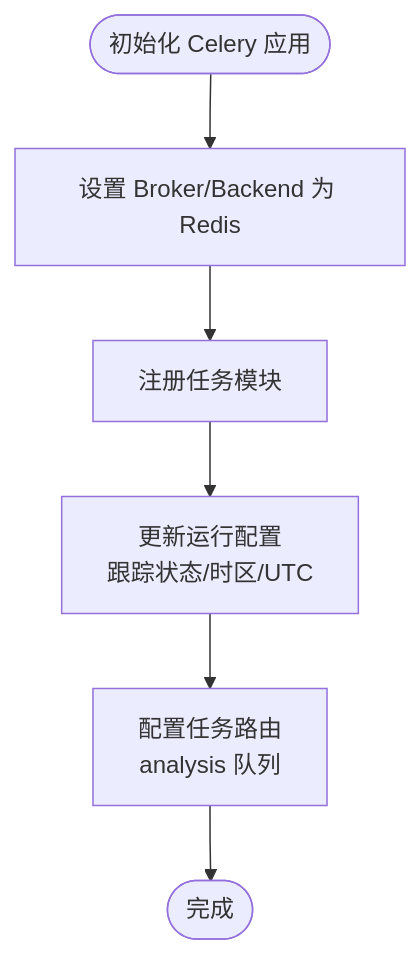
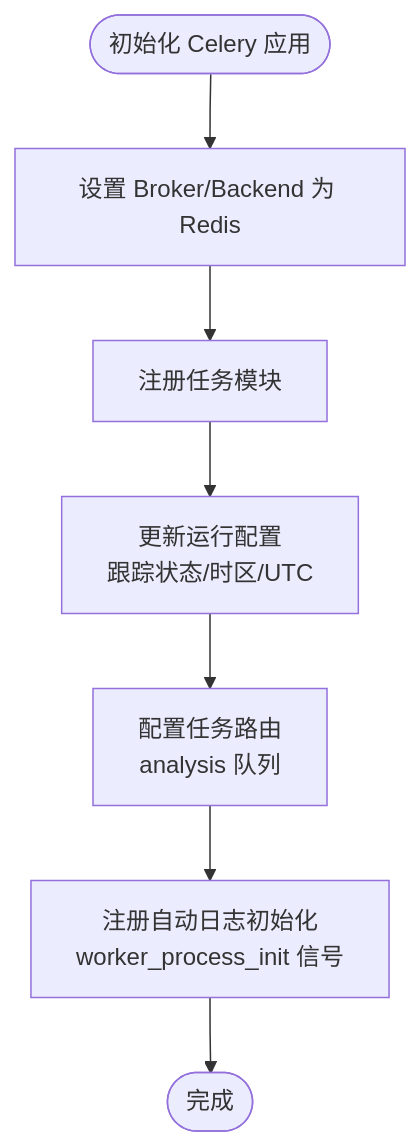
Before and after one commit to selectzhangyuan/AI-photo-coach: the third of 11 diagrams in .qoder/repowiki/zh/content/异步任务系统.md, drawn with Mermaid. The commit also changed other lines of this file and 16 other files, not shown here.

````diff
--- a/.qoder/repowiki/zh/content/异步任务系统.md
+++ b/.qoder/repowiki/zh/content/异步任务系统.md
@@ -134,8 +149,9 @@
 ```mermaid
 flowchart TD
 Start(["初始化 Celery 应用"]) --> SetBroker["设置 Broker/Backend 为 Redis"]
 SetBroker --> IncludeTask["注册任务模块"]
 IncludeTask --> UpdateConf["更新运行配置<br/>跟踪状态/时区/UTC"]
 UpdateConf --> RouteTask["配置任务路由<br/>analysis 队列"]
-RouteTask --> End(["完成"])
+RouteTask --> AutoLog["注册自动日志初始化<br/>worker_process_init 信号"]
+AutoLog --> End(["完成"])
 ```
````
